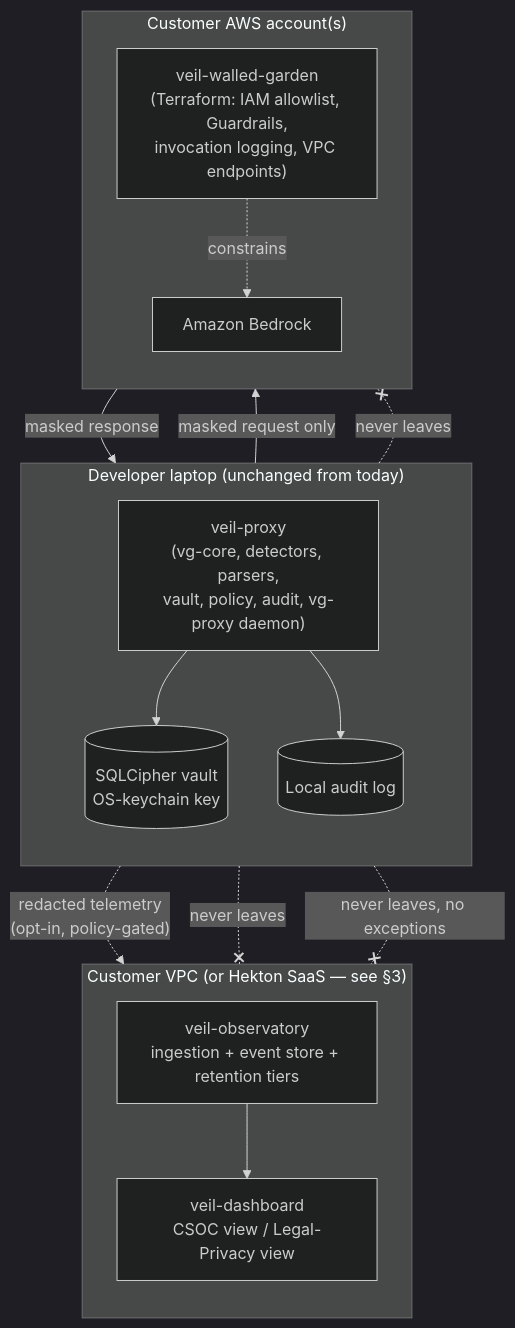
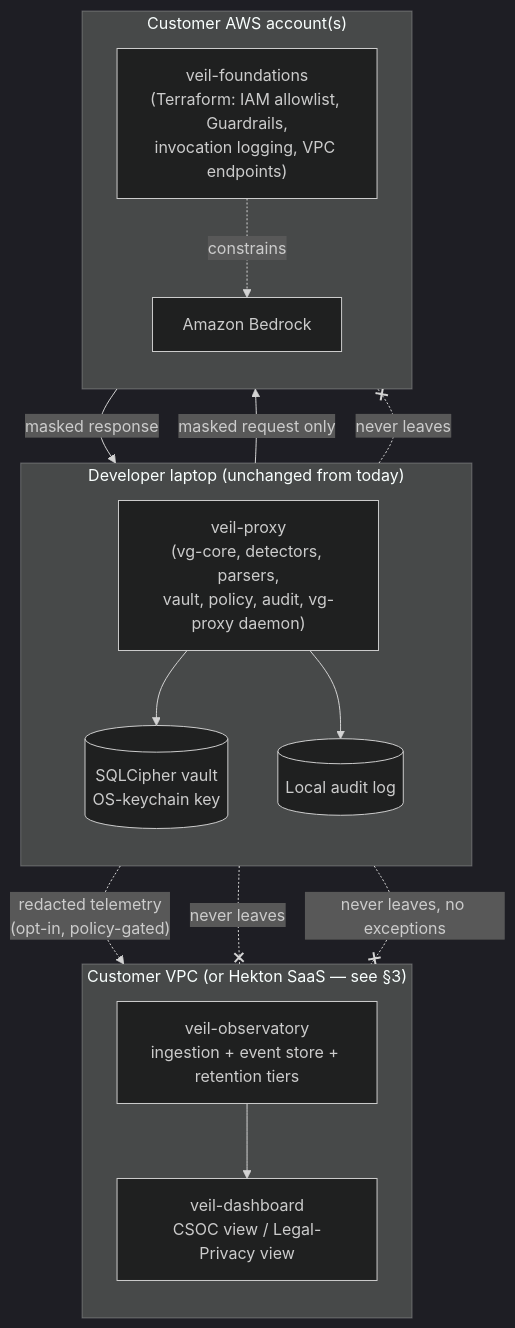
The first of 3 diagrams in docs/architecture/product-family.md (dermdunc/veil-proxy), drawn with Mermaid (dark theme) before and after one commit. The commit also changed other lines of this file and 6 other files, not shown here.

````diff
--- a/docs/architecture/product-family.md
+++ b/docs/architecture/product-family.md
@@ -121,33 +136,33 @@
 ```mermaid
 flowchart TB
     subgraph Laptop["Developer laptop (unchanged from today)"]
         direction TB
         VP["veil-proxy<br/>(vg-core, detectors, parsers,<br/>vault, policy, audit, vg-proxy daemon)"]
         Vault[("SQLCipher vault<br/>OS-keychain key")]
         LocalAudit[("Local audit log")]
         VP --> Vault
         VP --> LocalAudit
     end
 
     subgraph CloudBoundary["Customer VPC (or Hekton SaaS — see §3)"]
         direction TB
         Obs["veil-observatory<br/>ingestion + event store + retention tiers"]
         Dash["veil-dashboard<br/>CSOC view / Legal-Privacy view"]
         Obs --> Dash
     end
 
     subgraph AWS["Customer AWS account(s)"]
         direction TB
-        WG["veil-walled-garden<br/>(Terraform: IAM allowlist, Guardrails,\ninvocation logging, VPC endpoints)"]
+        WG["veil-foundations<br/>(Terraform: IAM allowlist, Guardrails,\ninvocation logging, VPC endpoints)"]
         Bedrock["Amazon Bedrock"]
         WG -.constrains.-> Bedrock
     end
 
     VP -->|"masked request only"| Bedrock
     Bedrock -->|"masked response"| VP
     VP -.->|"redacted telemetry\n(opt-in, policy-gated)"| Obs
 
     LocalAudit -. "never leaves" .-x CloudBoundary
     Vault -. "never leaves, no exceptions" .-x CloudBoundary
     Vault -. "never leaves" .-x AWS
 ```
````
